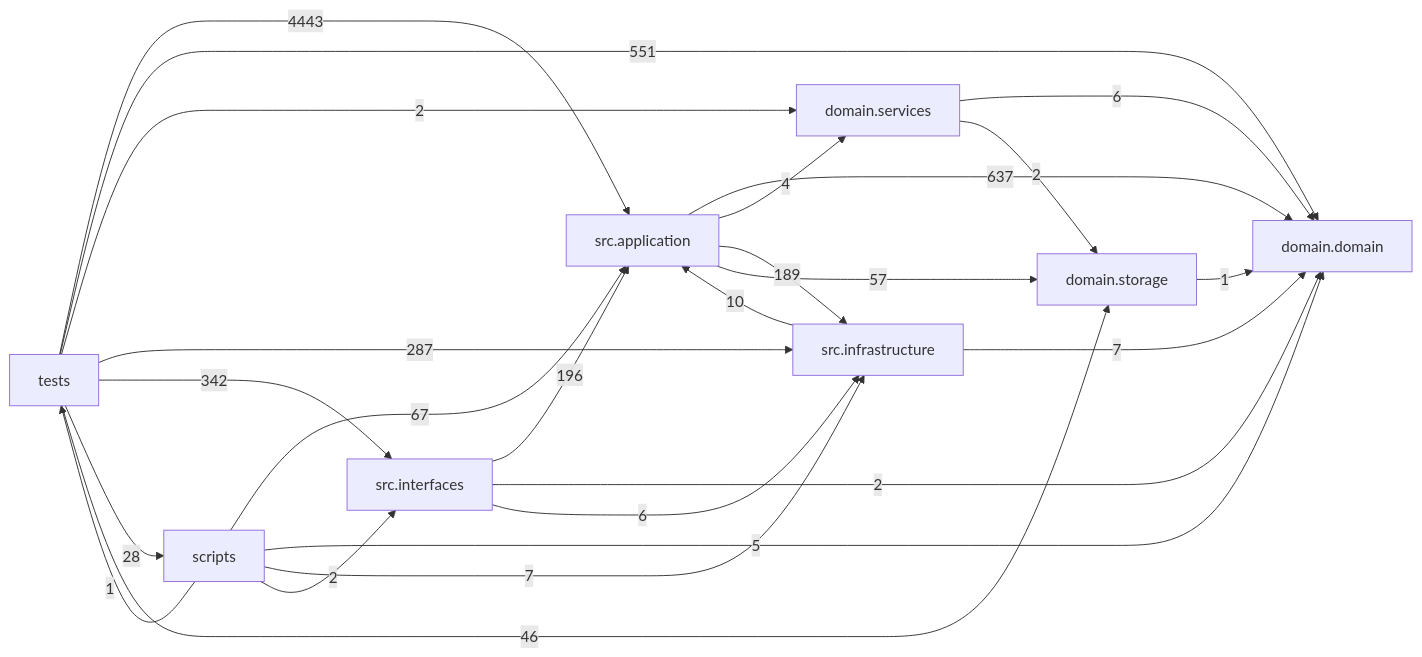
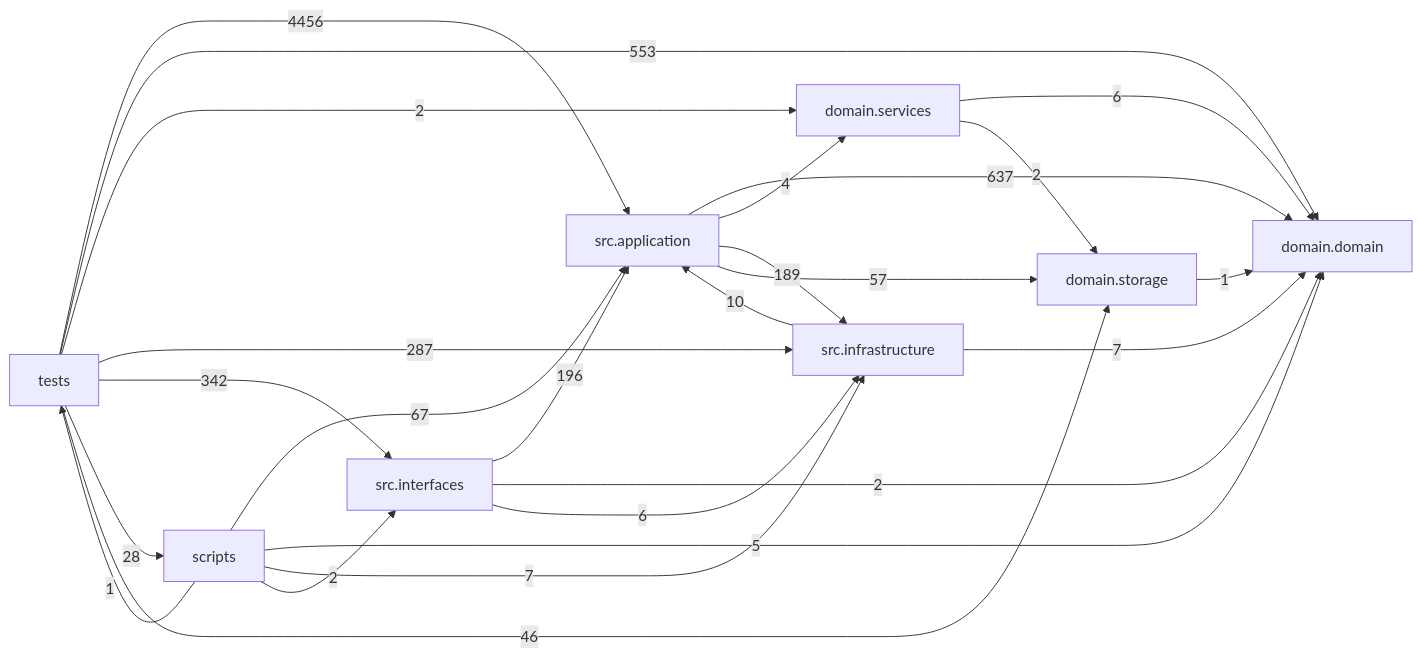
One commit to liuxie066/options-monitor changed the diagram in docs/DEPENDENCY_GRAPH.md. Above: the diagram before and after it, drawn with Mermaid. The commit also changed other lines of this file and 7 other files, not shown here.

````diff
--- a/docs/DEPENDENCY_GRAPH.md
+++ b/docs/DEPENDENCY_GRAPH.md
@@ -24,35 +24,35 @@
 ```mermaid
 flowchart LR
   tests["tests"]
   scripts["scripts"]
   interfaces["src.interfaces"]
   application["src.application"]
   infrastructure["src.infrastructure"]
   domain_services["domain.services"]
   domain["domain.domain"]
   storage["domain.storage"]
   application -->|637| domain
   application -->|4| domain_services
   application -->|189| infrastructure
   application -->|57| storage
   domain_services -->|6| domain
   domain_services -->|2| storage
   infrastructure -->|10| application
   infrastructure -->|7| domain
   interfaces -->|196| application
   interfaces -->|2| domain
   interfaces -->|6| infrastructure
   scripts -->|67| application
   scripts -->|5| domain
   scripts -->|7| infrastructure
   scripts -->|2| interfaces
   scripts -->|1| tests
   storage -->|1| domain
-  tests -->|4443| application
-  tests -->|551| domain
+  tests -->|4456| application
+  tests -->|553| domain
   tests -->|2| domain_services
   tests -->|287| infrastructure
   tests -->|342| interfaces
   tests -->|28| scripts
   tests -->|46| storage
 ```
````
